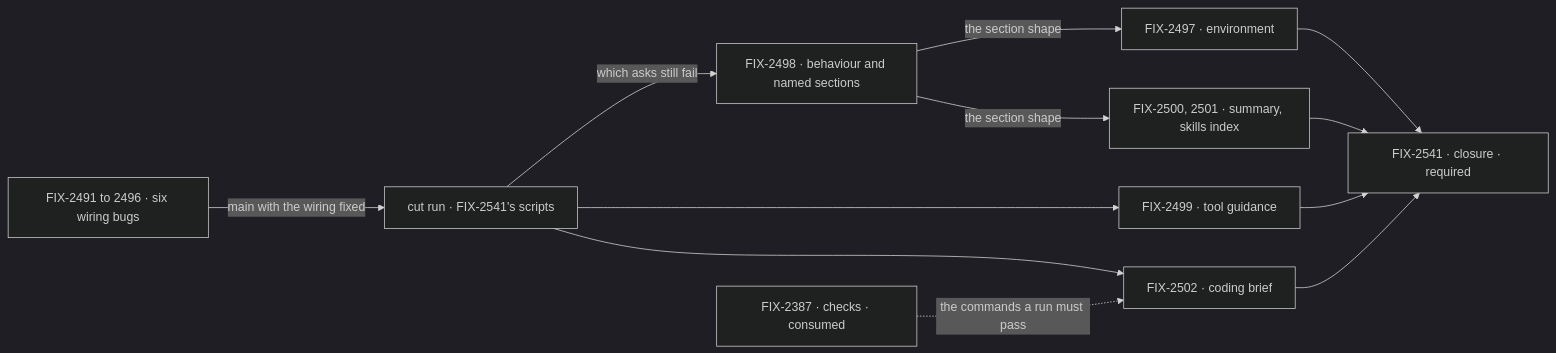
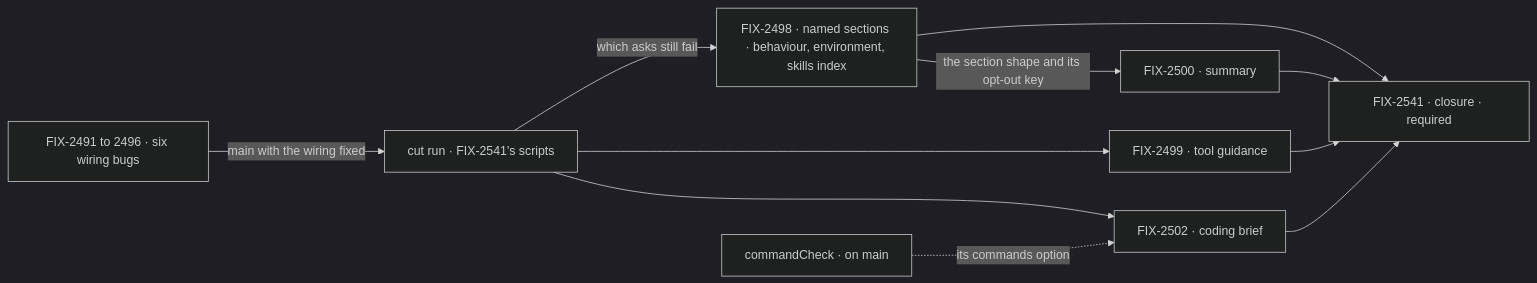
One commit to fixpoint-labs/flow-state-dev changed the second of 2 diagrams in specs/epics/FIX-2490/SPEC.md. Above: the diagram before and after it, drawn with Mermaid (dark theme). The commit also changed other lines of this file and 4 other files, not shown here.

````diff
--- a/specs/epics/FIX-2490/SPEC.md
+++ b/specs/epics/FIX-2490/SPEC.md
@@ -109,14 +106,13 @@
 ```mermaid
 flowchart LR
   B["FIX-2491 to 2496 · six wiring bugs"] -->|"main with the wiring fixed"| CUT["cut run · FIX-2541's scripts"]
-  CUT -->|"which asks still fail"| S["FIX-2498 · behaviour and named sections"]
-  S -->|"the section shape"| E["FIX-2497 · environment"]
-  S -->|"the section shape"| K["FIX-2500, 2501 · summary, skills index"]
+  CUT -->|"which asks still fail"| S["FIX-2498 · named sections · behaviour, environment, skills index"]
+  S -->|"the section shape and its opt-out key"| K["FIX-2500 · summary"]
   CUT --> T["FIX-2499 · tool guidance"]
   CUT --> H["FIX-2502 · coding brief"]
-  X["FIX-2387 · checks · consumed"] -.->|"the commands a run must pass"| H
-  E --> CL["FIX-2541 · closure · required"]
+  X["commandCheck · on main"] -.->|"its commands option"| H
+  S --> CL["FIX-2541 · closure · required"]
   K --> CL
   T --> CL
   H --> CL
 ```
````
